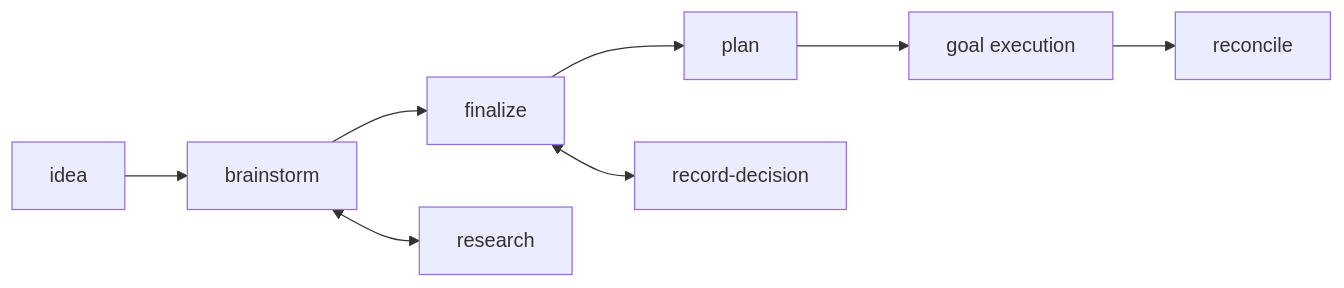
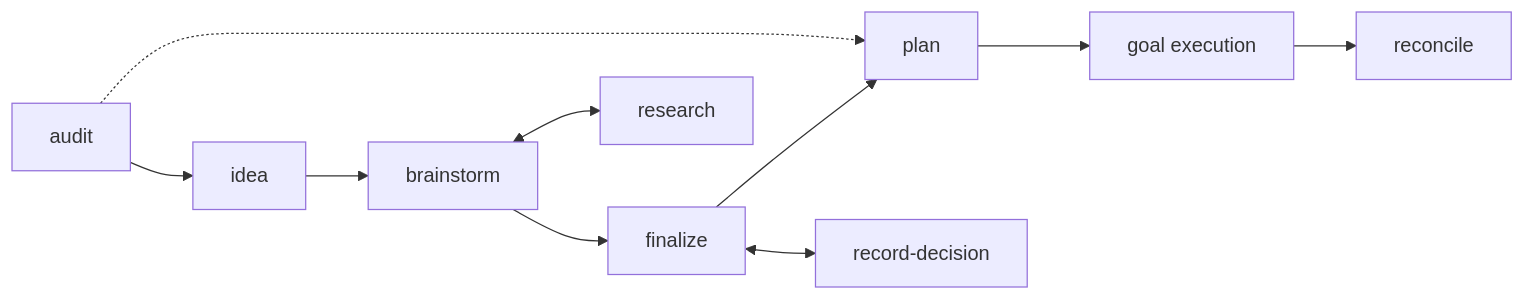
Before and after one commit to tailrocks/tailrocks-skills: the diagram in docs/content/docs/delivery/index.mdx, drawn with Mermaid. The commit also changed other lines of this file, not shown here.

First line of the commit message:
docs(delivery): put audit at the head of the pipeline guide

````diff
--- a/docs/content/docs/delivery/index.mdx
+++ b/docs/content/docs/delivery/index.mdx
@@ -20,6 +20,7 @@
 ```mermaid
 flowchart LR
-  idea --> brainstorm --> finalize --> plan --> exec["goal execution"] --> reconcile
+  audit --> idea --> brainstorm --> finalize --> plan --> exec["goal execution"] --> reconcile
+  audit -.-> plan
   brainstorm <--> research
   finalize <--> decision["record-decision"]
 ```
````
